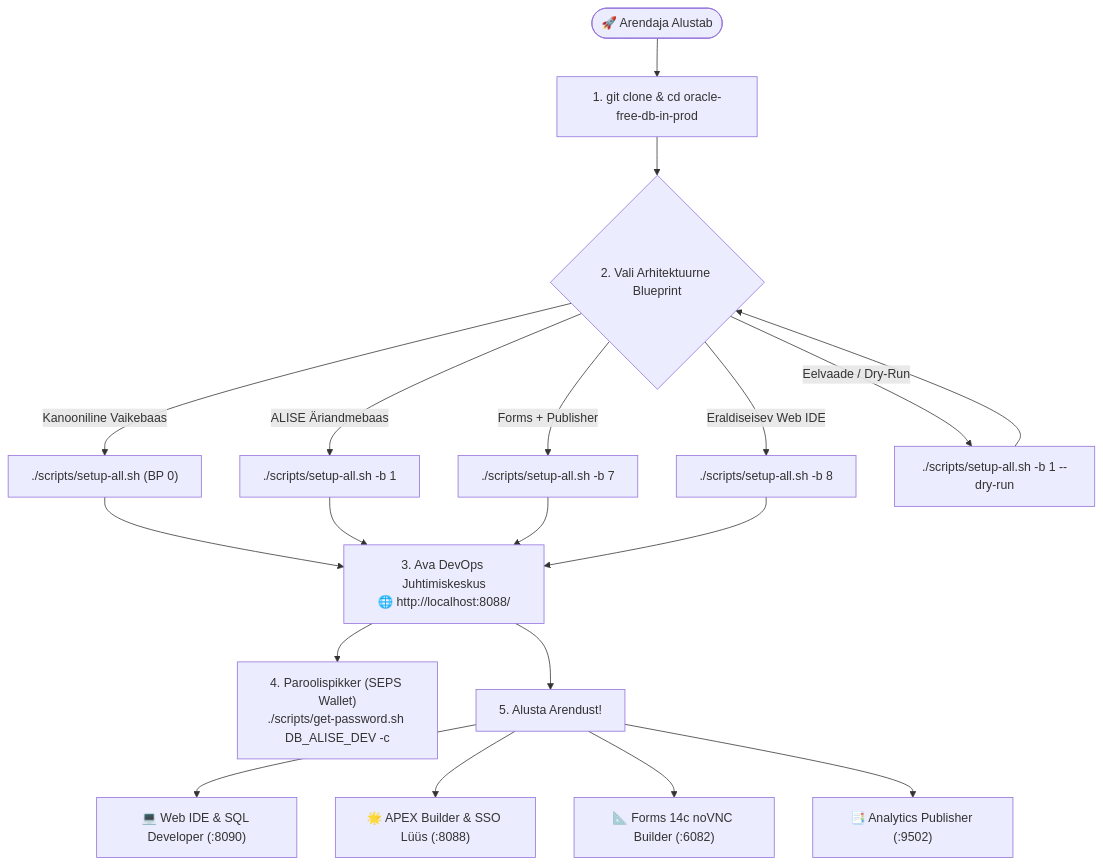
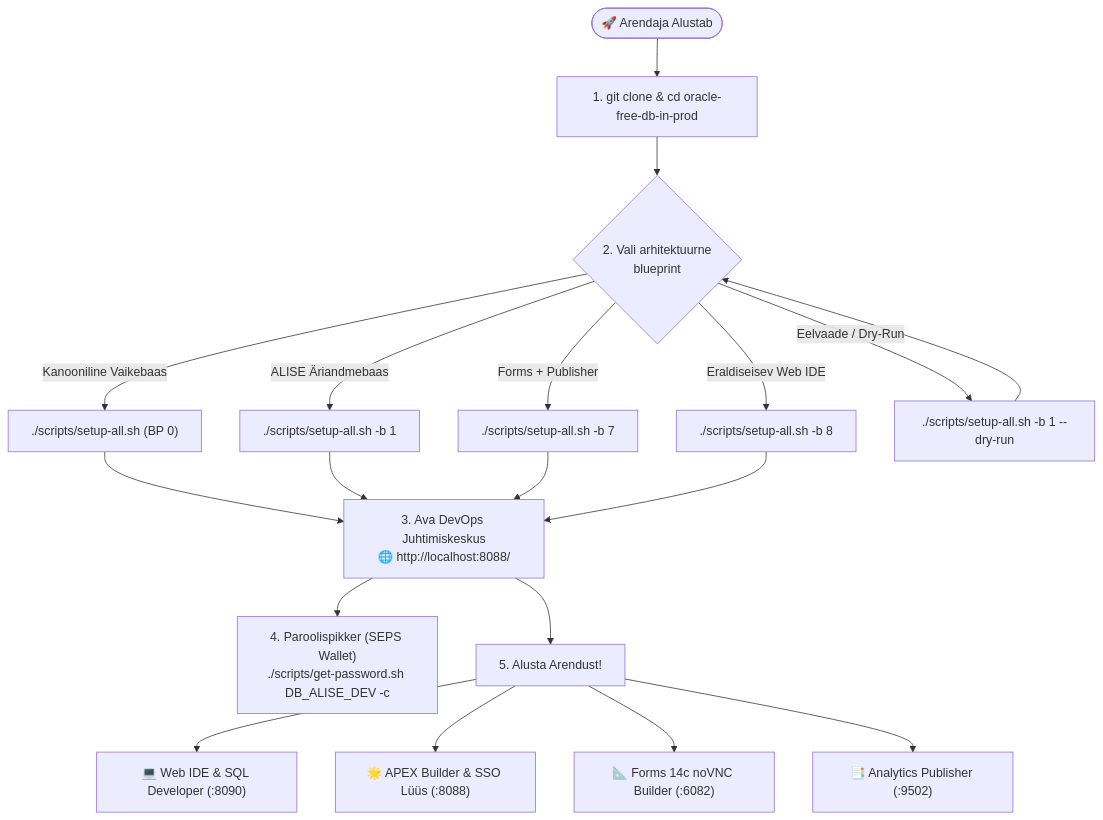
One commit to alahe/oracle-devops-platform changed the first of 2 diagrams in docs/et/README.md. Above: the diagram before and after it, drawn with Mermaid. The commit also changed other lines of this file and 412 other files, not shown here.

````diff
--- a/docs/et/README.md
+++ b/docs/et/README.md
@@ -38,25 +38,25 @@
 ```mermaid
 flowchart TD
     Start(["🚀 Arendaja Alustab"]) --> Clone["1. git clone & cd oracle-free-db-in-prod"]
-    Clone --> ChooseBP{"2. Vali Arhitektuurne Blueprint"}
+    Clone --> ChooseBP{"2. Vali arhitektuurne<br/>blueprint"}
     
     ChooseBP -->|Kanooniline Vaikebaas| BP0["./scripts/setup-all.sh (BP 0)"]
     ChooseBP -->|ALISE Äriandmebaas| BP1["./scripts/setup-all.sh -b 1"]
     ChooseBP -->|Forms + Publisher| BP7["./scripts/setup-all.sh -b 7"]
     ChooseBP -->|Eraldiseisev Web IDE| BP8["./scripts/setup-all.sh -b 8"]
     ChooseBP -->|Eelvaade / Dry-Run| BPDry["./scripts/setup-all.sh -b 1 --dry-run"]
     
     BP0 --> DevHub["3. Ava DevOps Juhtimiskeskus<br/>🌐 http://localhost:8088/"]
     BP1 --> DevHub
     BP7 --> DevHub
     BP8 --> DevHub
     BPDry --> ChooseBP
     
     DevHub --> PwdSpikker["4. Paroolispikker (SEPS Wallet)<br/>./scripts/get-password.sh DB_ALISE_DEV -c"]
     
     DevHub --> DevWork["5. Alusta Arendust!"]
     DevWork --> WorkIDE["💻 Web IDE & SQL Developer (:8090)"]
     DevWork --> WorkAPEX["🌟 APEX Builder & SSO Lüüs (:8088)"]
     DevWork --> WorkForms["📐 Forms 14c noVNC Builder (:6082)"]
     DevWork --> WorkPub["📑 Analytics Publisher (:9502)"]
 ```
````
